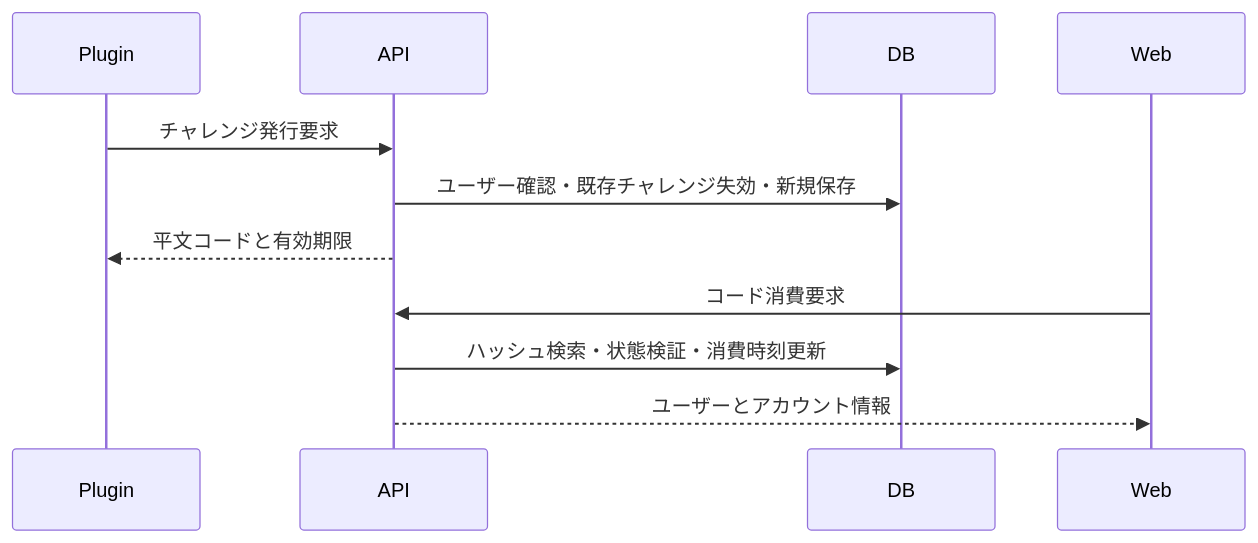
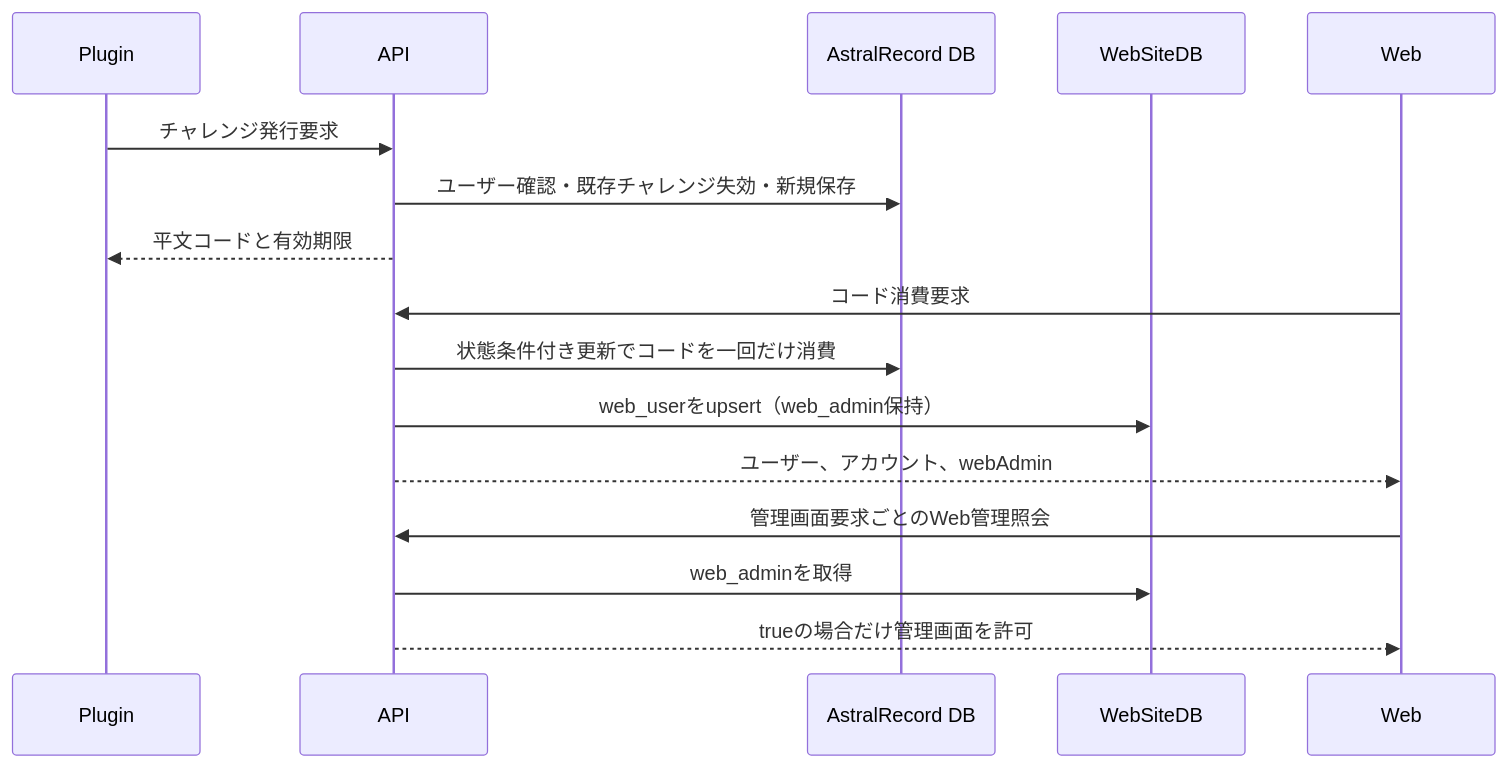
Before and after one commit to maaasu/AstralRecord-Workspace: the diagram in 00_docs/20_API設計書/feature/24-web-auth/4-統合フロー/24_4.00-統合フロー.md, drawn with Mermaid. The commit also changed 57 other files, not shown here.

````diff
--- a/00_docs/20_API設計書/feature/24-web-auth/4-統合フロー/24_4.00-統合フロー.md
+++ b/00_docs/20_API設計書/feature/24-web-auth/4-統合フロー/24_4.00-統合フロー.md
@@ -3,13 +3,18 @@
 ```mermaid
 sequenceDiagram
     participant Plugin
     participant API
-    participant DB
+    participant GameDB as AstralRecord DB
+    participant WebSiteDB
     participant Web
     Plugin->>API: チャレンジ発行要求
-    API->>DB: ユーザー確認・既存チャレンジ失効・新規保存
+    API->>GameDB: ユーザー確認・既存チャレンジ失効・新規保存
     API-->>Plugin: 平文コードと有効期限
     Web->>API: コード消費要求
-    API->>DB: ハッシュ検索・状態検証・消費時刻更新
-    API-->>Web: ユーザーとアカウント情報
+    API->>GameDB: 状態条件付き更新でコードを一回だけ消費
+    API->>WebSiteDB: web_userをupsert（web_admin保持）
+    API-->>Web: ユーザー、アカウント、webAdmin
+    Web->>API: 管理画面要求ごとのWeb管理照会
+    API->>WebSiteDB: web_adminを取得
+    API-->>Web: trueの場合だけ管理画面を許可
 ```
````
